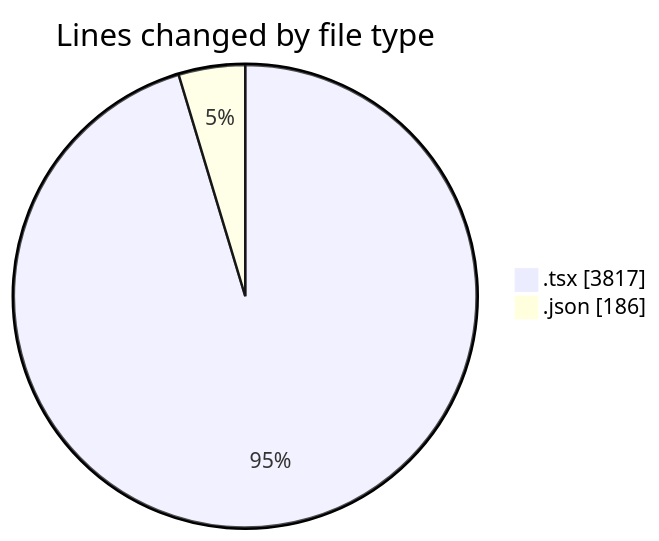
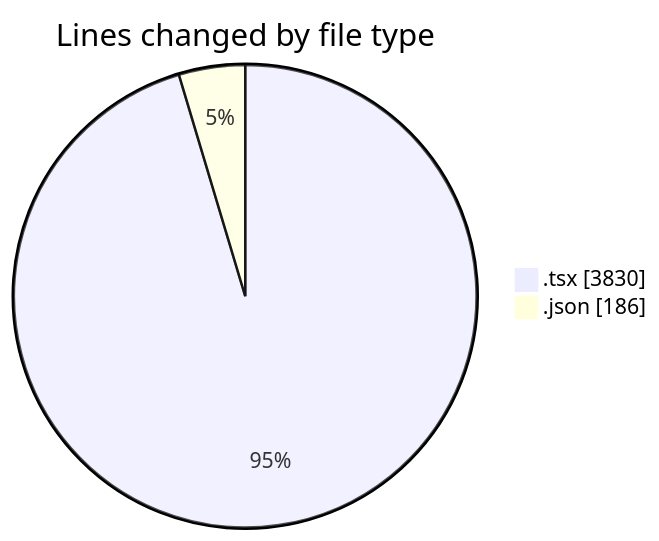
One commit to momahboobian/code-tracking changed the first of 2 diagrams in 2026-08-06/cda/README.md. Above: the diagram before and after it, drawn with Mermaid. The commit also changed other lines of this file and 1 other file, not shown here.

````diff
--- a/2026-08-06/cda/README.md
+++ b/2026-08-06/cda/README.md
@@ -31,6 +31,6 @@
 ```mermaid
 pie showData
 title Lines changed by file type
-".tsx" : 3817
+".tsx" : 3830
 ".json" : 186
 ```
````
